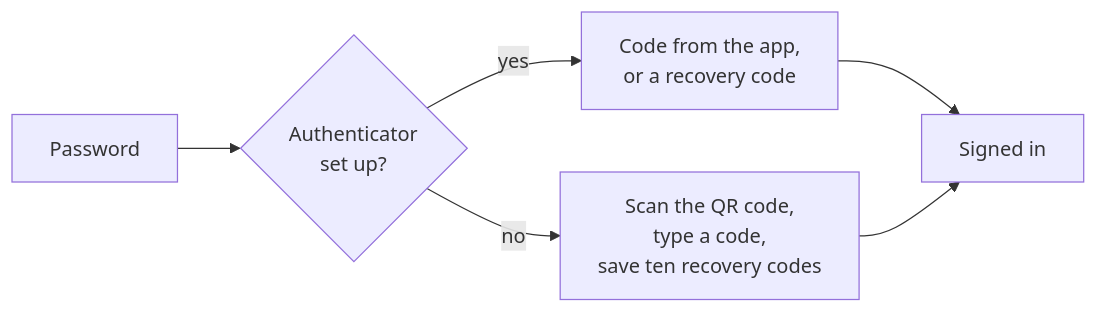
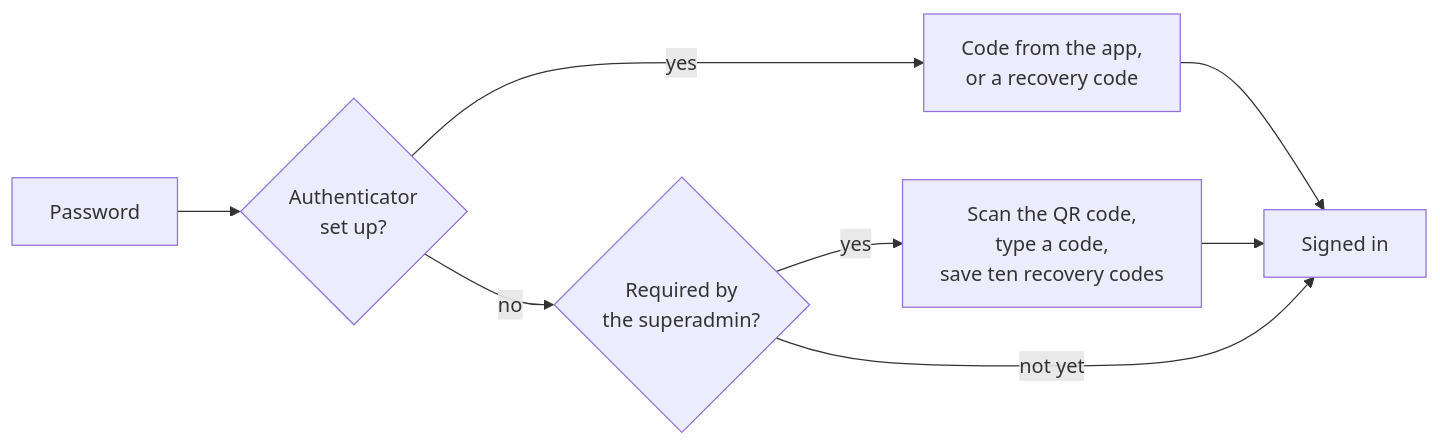
One commit to gitBoon/DumpFire changed diagram 22 of 22 in docs/feature-overview.md. Above: the diagram before and after it, drawn with Mermaid. The commit also changed other lines of this file and 123 other files, not shown here.

````diff
--- a/docs/feature-overview.md
+++ b/docs/feature-overview.md
@@ -796,8 +798,10 @@
 ```mermaid
 flowchart LR
     P["Password"] --> F{"Authenticator<br/>set up?"}
     F -->|"yes"| C["Code from the app,<br/>or a recovery code"]
-    F -->|"no"| S["Scan the QR code,<br/>type a code,<br/>save ten recovery codes"]
+    F -->|"no"| R{"Required by<br/>the superadmin?"}
+    R -->|"yes"| S["Scan the QR code,<br/>type a code,<br/>save ten recovery codes"]
+    R -->|"not yet"| In
     C --> In["Signed in"]
     S --> In
 ```
````
